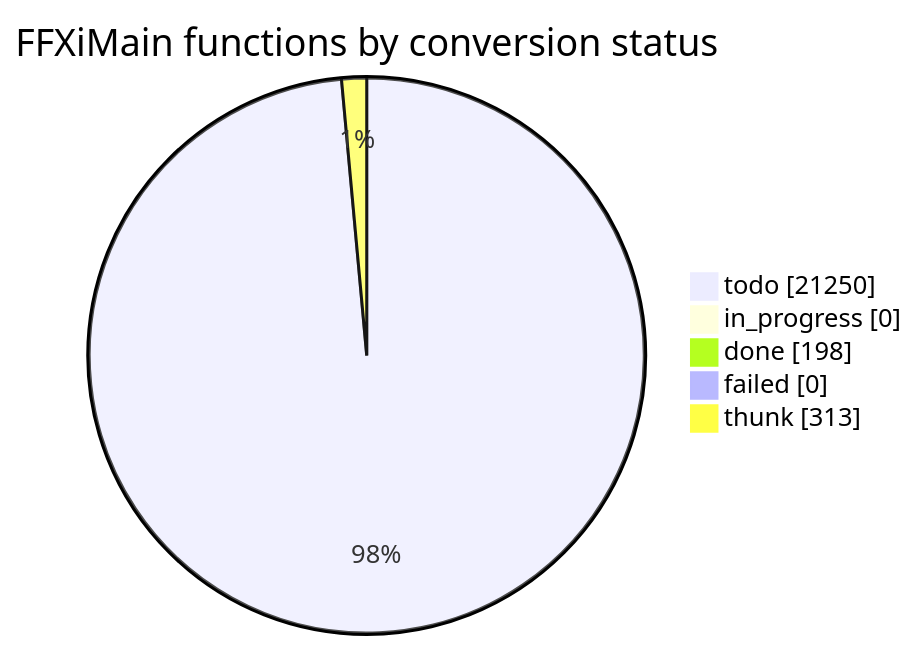
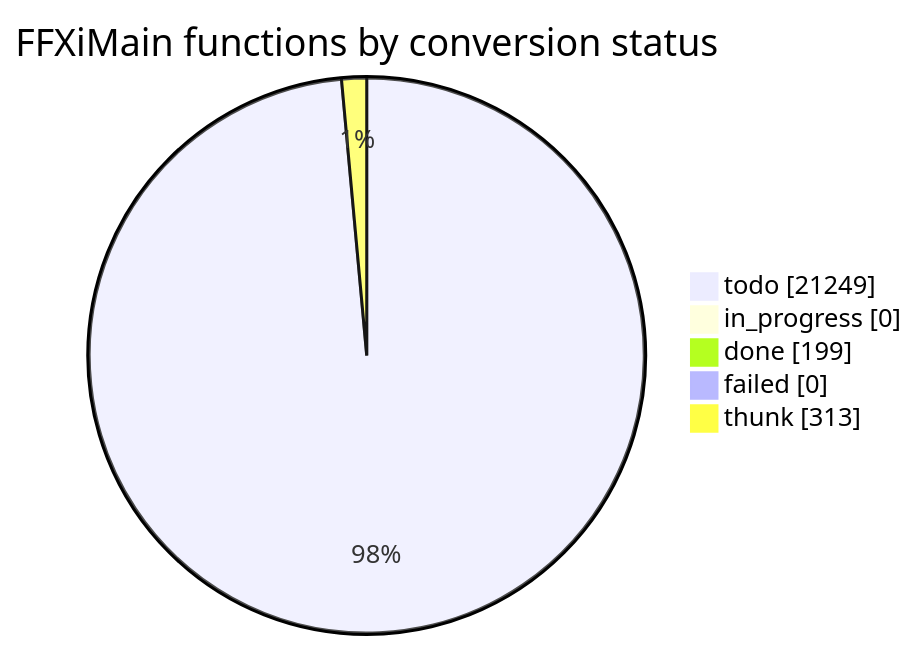
One commit to cowrevenge/cow_kuluu_xi_anything changed the diagram in docs/cow/STATUS.md. Above: the diagram before and after it, drawn with Mermaid. The commit also changed other lines of this file and 9 other files, not shown here.

````diff
--- a/docs/cow/STATUS.md
+++ b/docs/cow/STATUS.md
@@ -18,9 +18,9 @@
 ```mermaid
 pie showData
     title FFXiMain functions by conversion status
-    "todo" : 21250
+    "todo" : 21249
     "in_progress" : 0
-    "done" : 198
+    "done" : 199
     "failed" : 0
     "thunk" : 313
 ```
````
